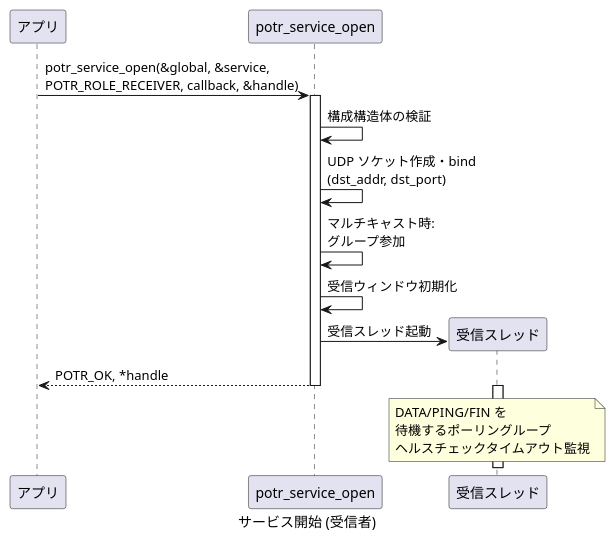
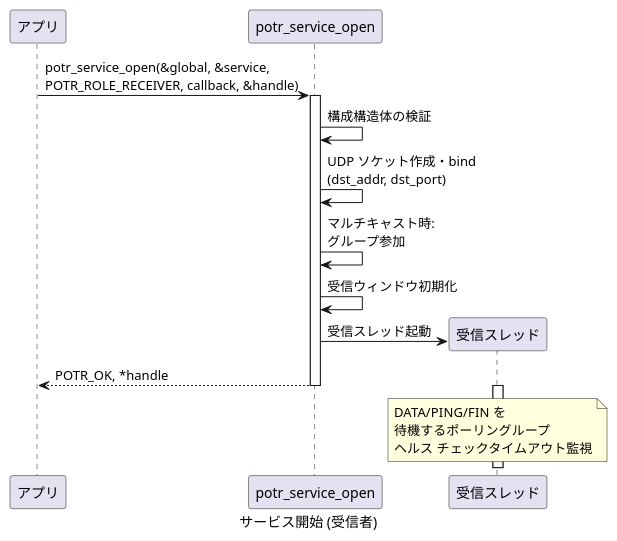
The second of 6 diagrams in docs/sequence-lifecycle.md (Hondarer/app_porter), drawn with PlantUML before and after one commit. The commit also changed other lines of this file and 73 other files, not shown here.

````diff
--- a/docs/sequence-lifecycle.md
+++ b/docs/sequence-lifecycle.md
@@ -50,26 +50,26 @@
 ```plantuml
 @startuml サービス開始 (受信者)
 caption サービス開始 (受信者)
 
 participant "アプリ" as APP
 participant "potr_service_open" as OPEN
 participant "受信スレッド" as RT
 
 APP -> OPEN: potr_service_open(&global, &service,\nPOTR_ROLE_RECEIVER, callback, &handle)
 
 activate OPEN
 OPEN -> OPEN: 構成構造体の検証
 OPEN -> OPEN: UDP ソケット作成・bind\n(dst_addr, dst_port)
 OPEN -> OPEN: マルチキャスト時:\nグループ参加
 OPEN -> OPEN: 受信ウィンドウ初期化
 
 OPEN -> RT**: 受信スレッド起動
 
 OPEN --> APP: POTR_OK, *handle
 deactivate OPEN
 
 activate RT
-note over RT: DATA/PING/FIN を\n待機するポーリングループ\nヘルスチェックタイムアウト監視
+note over RT: DATA/PING/FIN を\n待機するポーリングループ\nヘルス チェックタイムアウト監視
 
 @enduml
 ```
````
